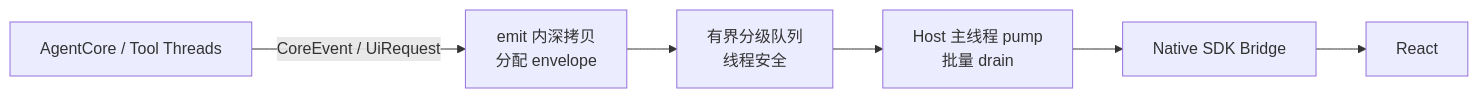
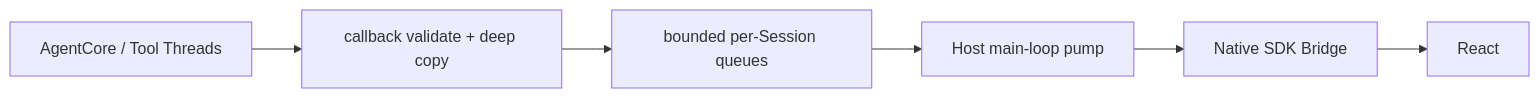
One commit to metask-ai/metawork changed the diagram in docs/agentcore-integration.md. Above: the diagram before and after it, drawn with Mermaid. The commit also changed other lines of this file and 25 other files, not shown here.

````diff
--- a/docs/agentcore-integration.md
+++ b/docs/agentcore-integration.md
@@ -195,15 +264,11 @@
 ```mermaid
 flowchart LR
     CORE["AgentCore / Tool Threads"]
-    COPY["emit 内深拷贝<br/>分配 envelope"]
-    QUEUE["有界分级队列<br/>线程安全"]
-    PUMP["Host 主线程 pump<br/>批量 drain"]
+    COPY["callback validate + deep copy"]
+    QUEUE["bounded per-Session queues"]
+    PUMP["Host main-loop pump"]
     BRIDGE["Native SDK Bridge"]
     UI["React"]
 
-    CORE -->|"CoreEvent / UiRequest"| COPY
-    COPY --> QUEUE
-    QUEUE --> PUMP
-    PUMP --> BRIDGE
-    BRIDGE --> UI
+    CORE --> COPY --> QUEUE --> PUMP --> BRIDGE --> UI
 ```
````
